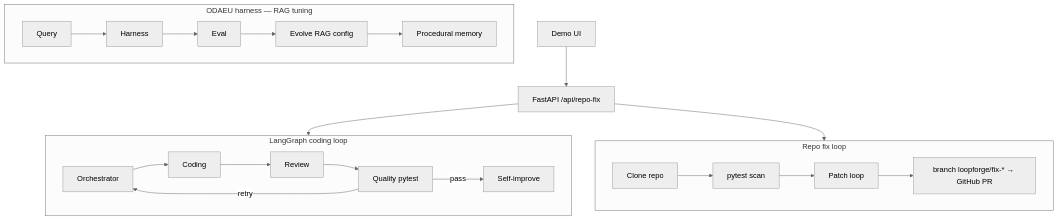
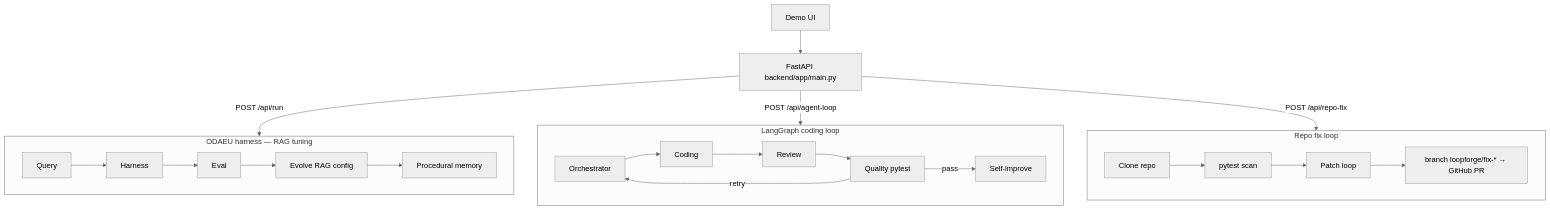
The diagram in docs/diagrams/canonical-architecture.mmd (vpeetla-ai/loop-engine-agent-platform), drawn with Mermaid (neutral theme) before and after one commit. The commit also changed 2 other files, not shown here.

```diff
--- a/docs/diagrams/canonical-architecture.mmd
+++ b/docs/diagrams/canonical-architecture.mmd
@@ -1,20 +1,21 @@
 flowchart TB
   subgraph harness["ODAEU harness — RAG tuning"]
     Q[Query] --> H[Harness] --> EVAL[Eval] --> EVOLVE[Evolve RAG config]
     EVOLVE --> MEM[Procedural memory]
   end
 
   subgraph coding["LangGraph coding loop"]
     ORCH[Orchestrator] --> CODE[Coding] --> REV[Review] --> QA[Quality pytest]
     QA -->|retry| ORCH
     QA -->|pass| SI[Self-improve]
   end
 
   subgraph repofix["Repo fix loop"]
     CLONE[Clone repo] --> SCAN[pytest scan] --> PATCH[Patch loop]
     PATCH --> PR["branch loopforge/fix-* → GitHub PR"]
   end
 
-  UI["Demo UI"] --> API["FastAPI /api/repo-fix"]
-  API --> coding
-  API --> repofix
+  UI["Demo UI"] --> API["FastAPI backend/app/main.py"]
+  API -->|"POST /api/run"| harness
+  API -->|"POST /api/agent-loop"| coding
+  API -->|"POST /api/repo-fix"| repofix
```
